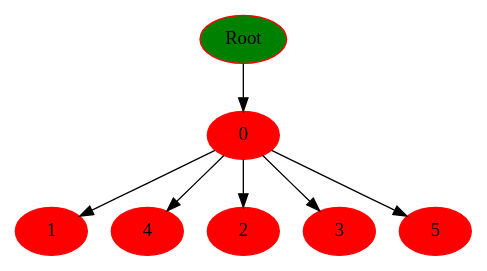
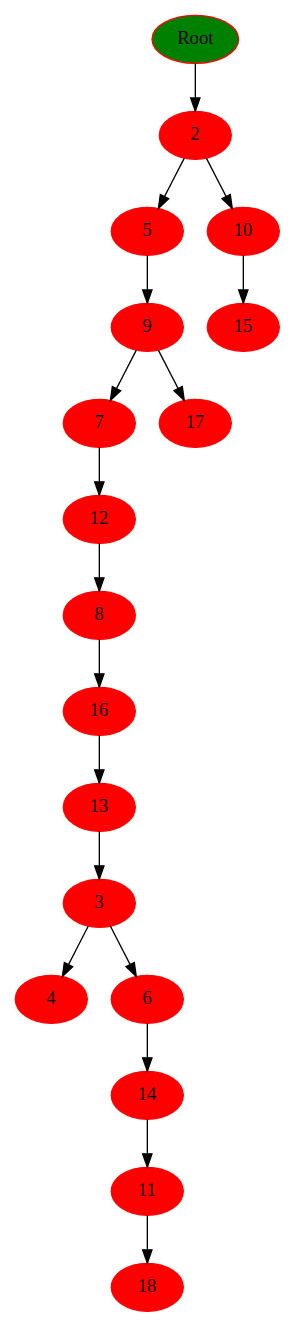
One commit to Zararest/Dominators changed the diagram in bin/DomTree.dot. Above: the diagram before and after it, drawn with Graphviz. The commit also changed 7 other files, not shown here.

```diff
--- a/bin/DomTree.dot
+++ b/bin/DomTree.dot
@@ -1,16 +1,38 @@
 digraph Dump {
 node[color=red,fontsize=14, style=filled]
-"0x560dcb389800" [label = "Root" fillcolor=green]
-"0x560dcb389800" -> "0x560dcb389d70"
-"0x560dcb389d70" [label = "0" ]
-"0x560dcb389d70" -> "0x560dcb389e00"
-"0x560dcb389d70" -> "0x560dcb389eb0"
-"0x560dcb389d70" -> "0x560dcb389f70"
-"0x560dcb389d70" -> "0x560dcb38a020"
-"0x560dcb389d70" -> "0x560dcb38a120"
-"0x560dcb389e00" [label = "1" ]
-"0x560dcb389eb0" [label = "4" ]
-"0x560dcb389f70" [label = "2" ]
-"0x560dcb38a020" [label = "3" ]
-"0x560dcb38a120" [label = "5" ]
+"0x563dd5a81940" [label = "Root" fillcolor=green]
+"0x563dd5a81940" -> "0x563dd5a82e50"
+"0x563dd5a82e50" [label = "2" ]
+"0x563dd5a82e50" -> "0x563dd5a82fa0"
+"0x563dd5a82e50" -> "0x563dd5a83270"
+"0x563dd5a82ec0" [label = "3" ]
+"0x563dd5a82ec0" -> "0x563dd5a82f30"
+"0x563dd5a82ec0" -> "0x563dd5a83010"
+"0x563dd5a82f30" [label = "4" ]
+"0x563dd5a82fa0" [label = "5" ]
+"0x563dd5a82fa0" -> "0x563dd5a831c0"
+"0x563dd5a83010" [label = "6" ]
+"0x563dd5a83010" -> "0x563dd5a83530"
+"0x563dd5a83080" [label = "7" ]
+"0x563dd5a83080" -> "0x563dd5a833d0"
+"0x563dd5a83110" [label = "8" ]
+"0x563dd5a83110" -> "0x563dd5a83710"
+"0x563dd5a831c0" [label = "9" ]
+"0x563dd5a831c0" -> "0x563dd5a83080"
+"0x563dd5a831c0" -> "0x563dd5a837c0"
+"0x563dd5a83270" [label = "10" ]
+"0x563dd5a83270" -> "0x563dd5a81bb0"
+"0x563dd5a83320" [label = "11" ]
+"0x563dd5a83320" -> "0x563dd5a83870"
+"0x563dd5a833d0" [label = "12" ]
+"0x563dd5a833d0" -> "0x563dd5a83110"
+"0x563dd5a83480" [label = "13" ]
+"0x563dd5a83480" -> "0x563dd5a82ec0"
+"0x563dd5a83530" [label = "14" ]
+"0x563dd5a83530" -> "0x563dd5a83320"
+"0x563dd5a81bb0" [label = "15" ]
+"0x563dd5a83710" [label = "16" ]
+"0x563dd5a83710" -> "0x563dd5a83480"
+"0x563dd5a837c0" [label = "17" ]
+"0x563dd5a83870" [label = "18" ]
 }
```
